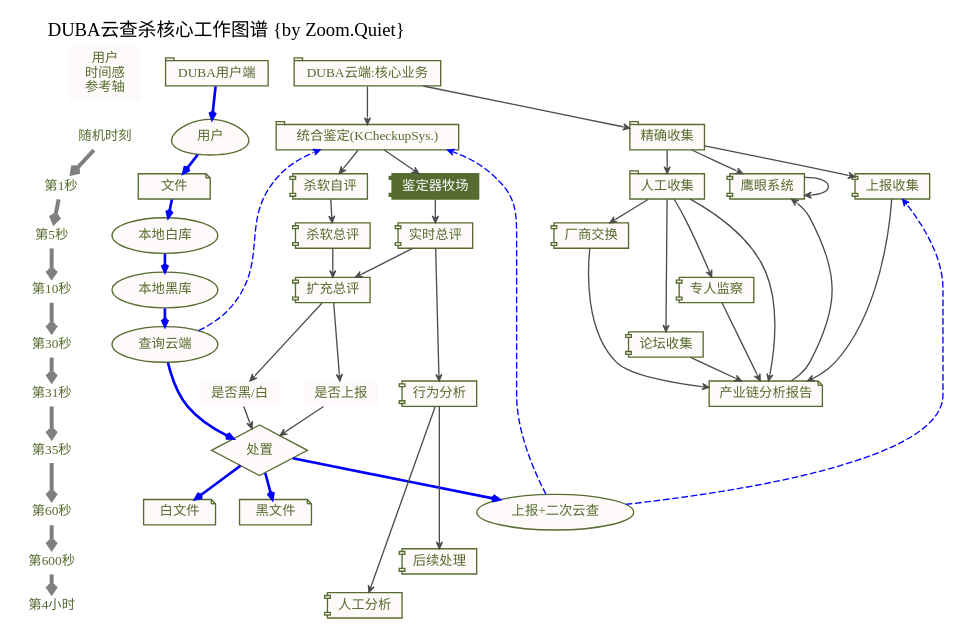
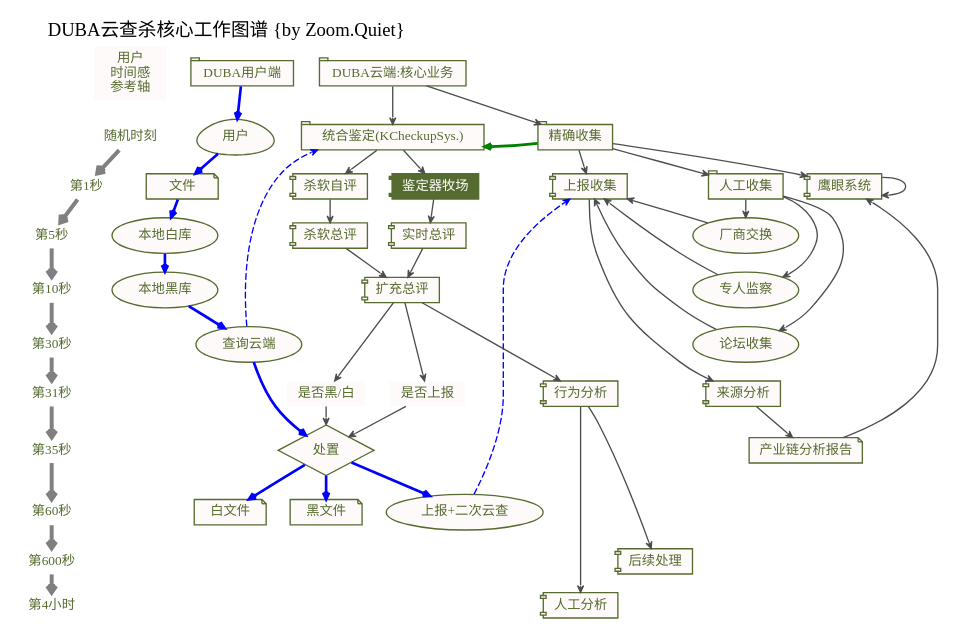
The diagram in tangle/zoomquiet.leo/dot/duba-cloud-flow.dot (ZoomQuiet/zqlib.tangle), drawn with Graphviz before and after one commit. The commit also changed other lines of this file and 6 other files, not shown here.

```diff
--- a/tangle/zoomquiet.leo/dot/duba-cloud-flow.dot
+++ b/tangle/zoomquiet.leo/dot/duba-cloud-flow.dot
@@ -1,154 +1,157 @@
 digraph G {
     /*全局设定*/
     graph [label="DUBA云查杀核心工作图谱 {by Zoom.Quiet}",
         labeljust="l",labelloc="t",center=1,
         ranksep=0.2,center=1,ratio=compress,
         rankdir=TB,
         ];
 
     node[fontsize=10.0,height=0.1,
         style=filled,fillcolor=snow,
         color=darkolivegreen,fontcolor=darkolivegreen,
         shape=plaintext,
         ];
 
     edge [fontsize=9.0,fontcolor=yellowgreen,
         fontcolor=gray25,
         color=gray30,
 		arrowsize=0.5,arrowhead=vee,arrowtail=none,
         ];
 
     /*图元声明
     start       [label="流程开始/结束",shape=point];
     end         [label="",shape=doublecircle,fillcolor=red];
 
     box         [label="实体/对象",shape=box];
     ellipse     [label="行动/节点",shape=ellipse];
     egg         [label="用户/人物",shape=egg];
     plaintext   [label="状态/属性",shape=plaintext,fillcolor=whitesmoke];
     diamond     [label="判别",shape=diamond];
     note        [label="注释",shape=note];
     tab         [label="目录/模块",shape=tab];
     db          [label="数据库",shape=box3d];
     component   [label="主机/组件",shape=component];
     h4 [label="第4小时"];
     */
     ttag [label="用户\n时间感\n参考轴"];
     ran [label="随机时刻",fillcolor=none];
-    s1 [label="第1秒",fillcolor=none];
-    s5 [label="第5秒",fillcolor=none];
-    s10 [label="第10秒",fillcolor=none];
-    s30 [label="第30秒",fillcolor=none];
-    s31 [label="第31秒",fillcolor=none];
-    s35 [label="第35秒",fillcolor=none];
-    s60 [label="第60秒",fillcolor=none];
-    s600 [label="第600秒",fillcolor=none];
-    h4 [label="第4小时",fillcolor=none];
-    ran->s1->s5->s10->s30->s31->s35->s60->s600->h4 [color=gray,style="setlinewidth(3)"];
+    tt1 [label="第1秒",fillcolor=none];
+    tt2 [label="第5秒",fillcolor=none];
+    tt3 [label="第10秒",fillcolor=none];
+    tt4 [label="第30秒",fillcolor=none];
+    tt5 [label="第31秒",fillcolor=none];
+    tt6 [label="第35秒",fillcolor=none];
+    tt7 [label="第60秒",fillcolor=none];
+    tt8 [label="第600秒",fillcolor=none];
+    tt9 [label="第4小时",fillcolor=none];
+    ran->tt1->tt2->tt3->tt4->tt5->tt6->tt7->tt8->tt9 [color=gray,style="setlinewidth(3)"];
 
     user [label="用户",shape=egg];
 /*
     subgraph clusterClient {
     label="DUBA用户端"; color=blue;fontcolor=dimgrey;labeljust="l";labelloc="t";fontsize=11.0;
 */
     clientHost [label="DUBA用户端",shape=tab];
         file [label="文件",shape=note];
         locwlist [label="本地白库",shape=ellipse];
         locblist [label="本地黑库",shape=ellipse];
         askcloud [label="查询云端",shape=ellipse];
         goon [label="处置",shape=diamond];
             wfile [label="白文件",shape=note];
             bfile [label="黑文件",shape=note];
         sentcloud [label="上报+二次云查",shape=ellipse];
 /*
     }   
 */
 
     isborw [label="是否黑/白"];
     isup [label="是否上报"];
 /*
     subgraph clusterCloud {
     label="DUBA云端:核心业务"; color=blue;fontcolor=dimgrey;labeljust="l";labelloc="t";fontsize=11.0;
 
 
             
 
 */
     cloudSrv [label="DUBA云端:核心业务",shape=tab];
         colleter [label="精确收集",shape=tab];
             hawkeye [label="鹰眼系统",shape=component];
             upbox [label="上报收集",shape=component];
             byman [label="人工收集",shape=tab];
-                exchange [label="厂商交换",shape=component];
-                bbscol [label="论坛收集",shape=component];
-                handcol [label="专人监察",shape=component];
+                exchange [label="厂商交换",shape=ellipse];
+                bbscol [label="论坛收集",shape=ellipse];
+                handcol [label="专人监察",shape=ellipse];
+            blinkchk [label="来源分析",shape=component];
             blinkrep [label="产业链分析报告",shape=note];
 
         mixjudge [label="统合鉴定(KCheckupSys.)",shape=tab];
             kvmatrix [label="杀软自评",shape=component];
                 kvgc [label="杀软总评",shape=component];
             jmatrix [label="鉴定器牧场",shape=component,fontcolor=white,fillcolor=darkolivegreen];
                 gcmatrix [label="实时总评",shape=component];
             extgc [label="扩充总评",shape=component];
 
             actjudge [label="行为分析",shape=component];
             manjudge [label="人工分析",shape=component];
         exprocess [label="后续处理",shape=component];
 /*
     }    
         askcloud->cloudSrv;
 */
     /*图例关系 ,style="setlinewidth(2)"*/
     clientHost->user [color=blue,style="setlinewidth(2)"];
     user->file->locwlist->locblist->askcloud->goon [color=blue,style="setlinewidth(2)"];
         goon->wfile[color=blue,style="setlinewidth(2)"];
         goon->bfile[color=blue,style="setlinewidth(2)"];
         goon->sentcloud [color=blue,style="setlinewidth(2)"];
-            sentcloud->mixjudge [color=blue,style=dashed];
             sentcloud->upbox [color=blue,style=dashed];
     askcloud->mixjudge [color=blue,style=dashed];
     
-    { rank=same; ttag    clientHost cloudSrv; }
-    { rank=same; ran user mixjudge colleter; }
-    { rank=same; s1     file kvmatrix jmatrix hawkeye upbox byman; }
-    { rank=same; s5     locwlist kvgc gcmatrix exchange; }
-    { rank=same; s10    locblist  extgc handcol; }
-    { rank=same; s30    askcloud bbscol; }
-    { rank=same; s31    actjudge  isborw isup blinkrep; }
-    { rank=same; s35    goon  ; }
-    { rank=same; s60    wfile bfile sentcloud ; }
-    { rank=same; s600   exprocess; }
-    { rank=same; h4     manjudge ; }
+    { rank=same; ttag   clientHost cloudSrv; }
+    { rank=same; ran    user mixjudge colleter; }
+    { rank=same; tt1    file kvmatrix jmatrix hawkeye upbox byman; }
+    { rank=same; tt2    locwlist kvgc gcmatrix exchange; }
+    { rank=same; tt3    locblist  extgc handcol; }
+    { rank=same; tt4    askcloud bbscol; }
+    { rank=same; tt5    actjudge  isborw isup blinkchk; }
+    { rank=same; tt6    goon  blinkrep; }
+    { rank=same; tt7    wfile bfile sentcloud ; }
+    { rank=same; tt8    exprocess; }
+    { rank=same; tt9    manjudge ; }
 
     cloudSrv->mixjudge;
         mixjudge->kvmatrix->kvgc;
         mixjudge->jmatrix->gcmatrix;
             kvgc->extgc
             gcmatrix->extgc;
         extgc->isborw;
         extgc->isup;
             isborw->goon;
             isup->goon;
-        gcmatrix->actjudge->manjudge;
+        extgc->actjudge->manjudge;
             actjudge->exprocess;
 
+    colleter->mixjudge [color=green,style="setlinewidth(2)"];
+    
     cloudSrv->colleter->hawkeye;
         colleter->upbox;
         colleter->byman;
             byman->exchange;
+                exchange->upbox;
             byman->bbscol;
+                bbscol->upbox;
             byman->handcol;
-        upbox->blinkrep;
-        byman->blinkrep;
-        exchange->blinkrep;
-        bbscol->blinkrep;
-        handcol->blinkrep;
+                handcol->upbox;
+        upbox->blinkchk;
+        blinkchk->blinkrep;
         blinkrep->hawkeye;
         hawkeye->hawkeye;
 
 edge [style=invis];
     ttag->ran;
     ttag->clientHost->cloudSrv;
     ran->user->mixjudge->colleter;
+    tt1->file->kvmatrix->jmatrix->upbox->byman->hawkeye;
 
 }
```
